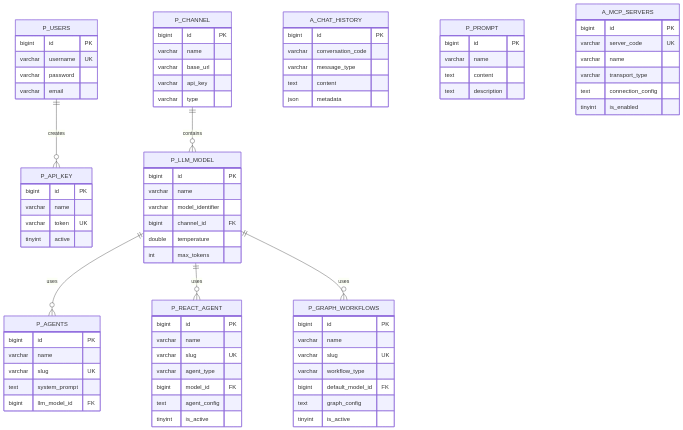
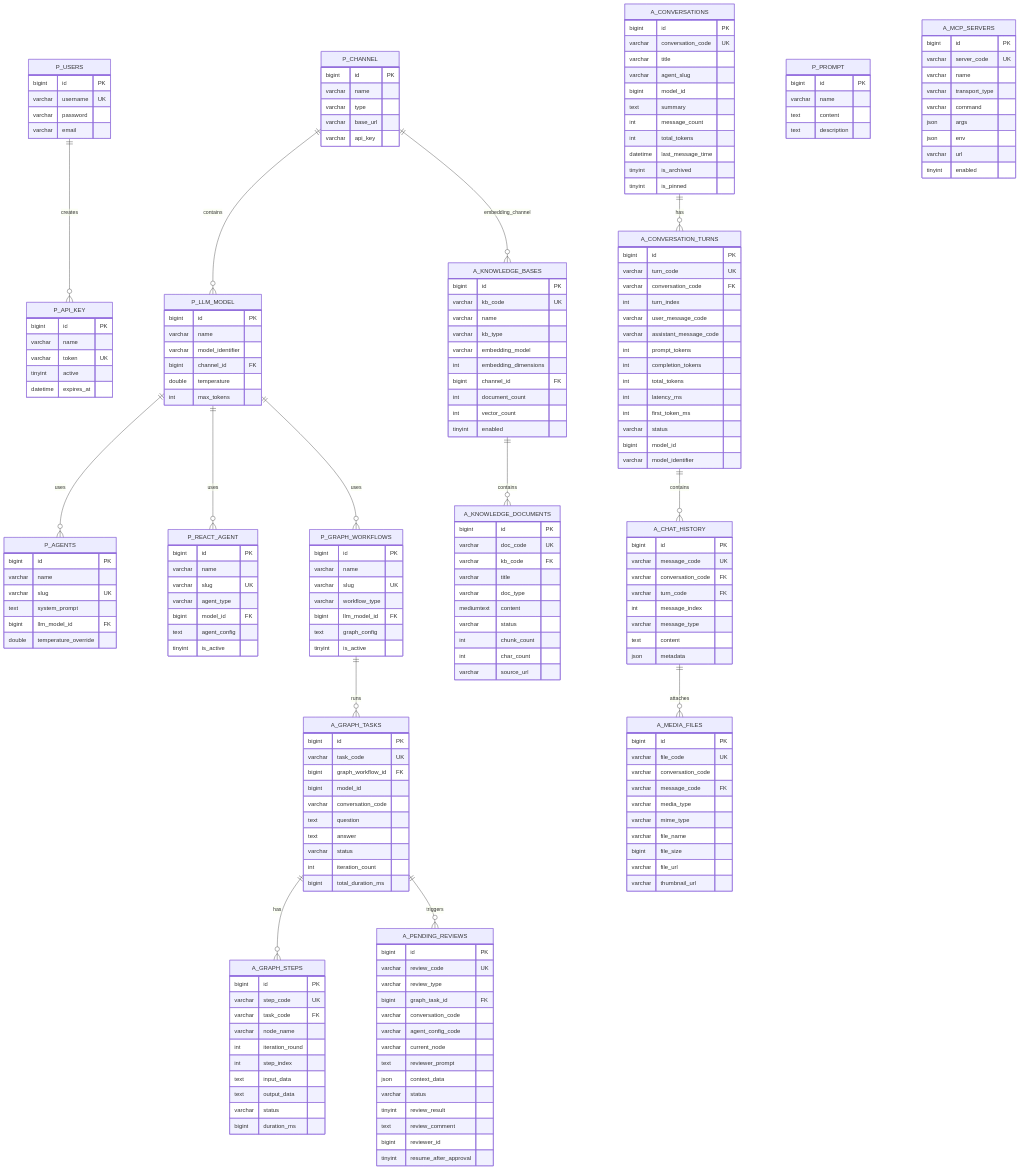
The fourth of 5 diagrams in llm-manager-parent/README.md (sunqb/llm-manager), drawn with Mermaid before and after one commit. The commit also changed other lines of this file, not shown here.

Commit message:
docs: 更新数据库表结构文档，补全全部 18 张表的 ER 图和表清单

````diff
--- a/llm-manager-parent/README.md
+++ b/llm-manager-parent/README.md
@@ -205,30 +205,47 @@
 ```mermaid
 erDiagram
+    %% 配置表关系
     P_USERS ||--o{ P_API_KEY : creates
     P_CHANNEL ||--o{ P_LLM_MODEL : contains
     P_LLM_MODEL ||--o{ P_AGENTS : uses
     P_LLM_MODEL ||--o{ P_REACT_AGENT : uses
     P_LLM_MODEL ||--o{ P_GRAPH_WORKFLOWS : uses
+    P_CHANNEL ||--o{ A_KNOWLEDGE_BASES : embedding_channel
 
-    A_CHAT_HISTORY {
-        bigint id PK
-        varchar conversation_code
-        varchar message_type
-        text content
-        json metadata
-    }
+    %% 对话数据关系
+    A_CONVERSATIONS ||--o{ A_CONVERSATION_TURNS : has
+    A_CONVERSATION_TURNS ||--o{ A_CHAT_HISTORY : contains
+    A_CHAT_HISTORY ||--o{ A_MEDIA_FILES : attaches
+
+    %% Graph 运行时关系
+    P_GRAPH_WORKFLOWS ||--o{ A_GRAPH_TASKS : runs
+    A_GRAPH_TASKS ||--o{ A_GRAPH_STEPS : has
+
+    %% RAG 关系
+    A_KNOWLEDGE_BASES ||--o{ A_KNOWLEDGE_DOCUMENTS : contains
+
+    %% 人工审核关系
+    A_GRAPH_TASKS ||--o{ A_PENDING_REVIEWS : triggers
+
     P_USERS {
         bigint id PK
         varchar username UK
         varchar password
         varchar email
     }
+    P_API_KEY {
+        bigint id PK
+        varchar name
+        varchar token UK
+        tinyint active
+        datetime expires_at
+    }
     P_CHANNEL {
         bigint id PK
         varchar name
+        varchar type
         varchar base_url
         varchar api_key
-        varchar type
     }
     P_LLM_MODEL {
         bigint id PK
@@ -244,6 +261,7 @@
         varchar slug UK
         text system_prompt
         bigint llm_model_id FK
+        double temperature_override
     }
     P_REACT_AGENT {
         bigint id PK
@@ -259,7 +277,7 @@
         varchar name
         varchar slug UK
         varchar workflow_type
-        bigint default_model_id FK
+        bigint llm_model_id FK
         text graph_config
         tinyint is_active
     }
@@ -269,18 +287,130 @@
         text content
         text description
     }
-    P_API_KEY {
+    A_CONVERSATIONS {
         bigint id PK
-        varchar name
-        varchar token UK
-        tinyint active
+        varchar conversation_code UK
+        varchar title
+        varchar agent_slug
+        bigint model_id
+        text summary
+        int message_count
+        int total_tokens
+        datetime last_message_time
+        tinyint is_archived
+        tinyint is_pinned
+    }
+    A_CONVERSATION_TURNS {
+        bigint id PK
+        varchar turn_code UK
+        varchar conversation_code FK
+        int turn_index
+        varchar user_message_code
+        varchar assistant_message_code
+        int prompt_tokens
+        int completion_tokens
+        int total_tokens
+        int latency_ms
+        int first_token_ms
+        varchar status
+        bigint model_id
+        varchar model_identifier
+    }
+    A_CHAT_HISTORY {
+        bigint id PK
+        varchar message_code UK
+        varchar conversation_code FK
+        varchar turn_code FK
+        int message_index
+        varchar message_type
+        text content
+        json metadata
+    }
+    A_MEDIA_FILES {
+        bigint id PK
+        varchar file_code UK
+        varchar conversation_code
+        varchar message_code FK
+        varchar media_type
+        varchar mime_type
+        varchar file_name
+        bigint file_size
+        varchar file_url
+        varchar thumbnail_url
     }
     A_MCP_SERVERS {
         bigint id PK
         varchar server_code UK
         varchar name
         varchar transport_type
-        text connection_config
-        tinyint is_enabled
+        varchar command
+        json args
+        json env
+        varchar url
+        tinyint enabled
+    }
+    A_KNOWLEDGE_BASES {
+        bigint id PK
+        varchar kb_code UK
+        varchar name
+        varchar kb_type
+        varchar embedding_model
+        int embedding_dimensions
+        bigint channel_id FK
+        int document_count
+        int vector_count
+        tinyint enabled
+    }
+    A_KNOWLEDGE_DOCUMENTS {
+        bigint id PK
+        varchar doc_code UK
+        varchar kb_code FK
+        varchar title
+        varchar doc_type
+        mediumtext content
+        varchar status
+        int chunk_count
+        int char_count
+        varchar source_url
+    }
+    A_GRAPH_TASKS {
+        bigint id PK
+        varchar task_code UK
+        bigint graph_workflow_id FK
+        bigint model_id
+        varchar conversation_code
+        text question
+        text answer
+        varchar status
+        int iteration_count
+        bigint total_duration_ms
+    }
+    A_GRAPH_STEPS {
+        bigint id PK
+        varchar step_code UK
+        varchar task_code FK
+        varchar node_name
+        int iteration_round
+        int step_index
+        text input_data
+        text output_data
+        varchar status
+        bigint duration_ms
+    }
+    A_PENDING_REVIEWS {
+        bigint id PK
+        varchar review_code UK
+        varchar review_type
+        bigint graph_task_id FK
+        varchar conversation_code
+        varchar agent_config_code
+        varchar current_node
+        text reviewer_prompt
+        json context_data
+        varchar status
+        tinyint review_result
+        text review_comment
+        bigint reviewer_id
+        tinyint resume_after_approval
     }
 ```
````
